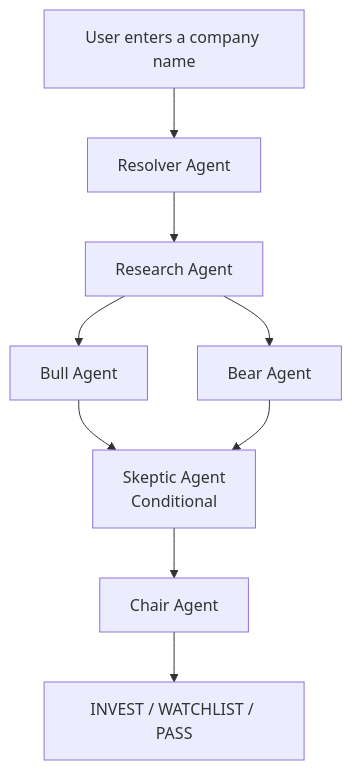
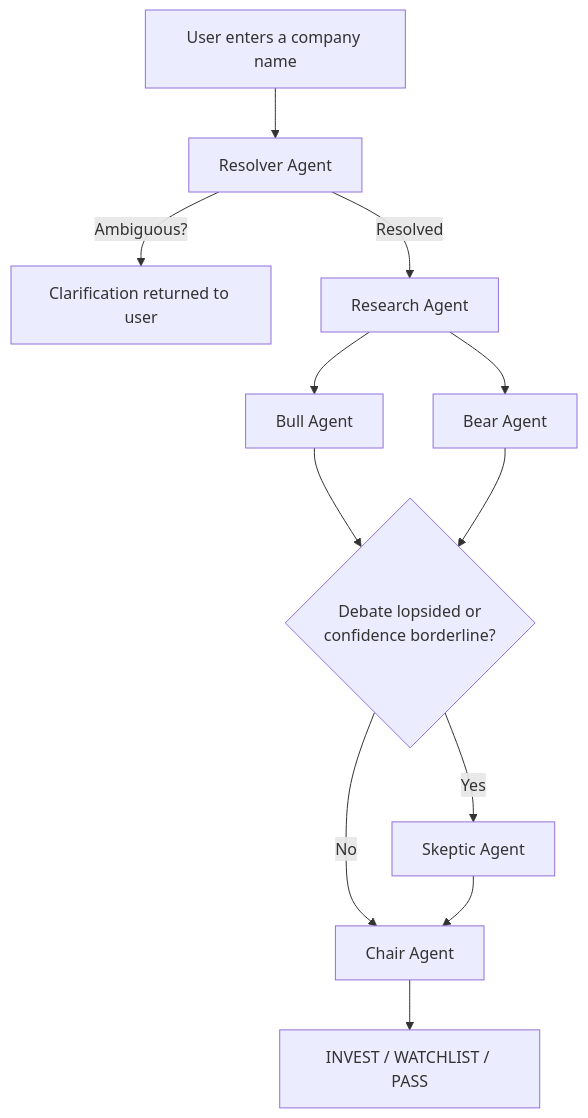
Before and after one commit to rajsvmahendra/verdict: the diagram in README.md, drawn with Mermaid. The commit also changed other lines of this file, not shown here.

Commit message:
docs: complete README rewrite — accurate to Groq migration, full architecture, example runs

````diff
--- a/README.md
+++ b/README.md
@@ -58,22 +67,14 @@
 ```mermaid
 flowchart TD
-    A[User enters a company name]
-    B[Resolver Agent]
-    C[Research Agent]
-    D[Bull Agent]
-    E[Bear Agent]
-    F[Skeptic Agent<br/>Conditional]
-    G[Chair Agent]
-    H[INVEST / WATCHLIST / PASS]
-
-    A --> B
-    B --> C
-    C --> D
-    C --> E
-
-    D --> F
-    E --> F
-
+    A[User enters a company name] --> B[Resolver Agent]
+    B -->|Ambiguous?| C[Clarification returned to user]
+    B -->|Resolved| D[Research Agent]
+    D --> E[Bull Agent]
+    D --> F[Bear Agent]
+    E --> G{Debate lopsided or\nconfidence borderline?}
     F --> G
-    G --> H
+    G -->|Yes| H[Skeptic Agent]
+    G -->|No| I[Chair Agent]
+    H --> I
+    I --> J[INVEST / WATCHLIST / PASS]
 ```
````
